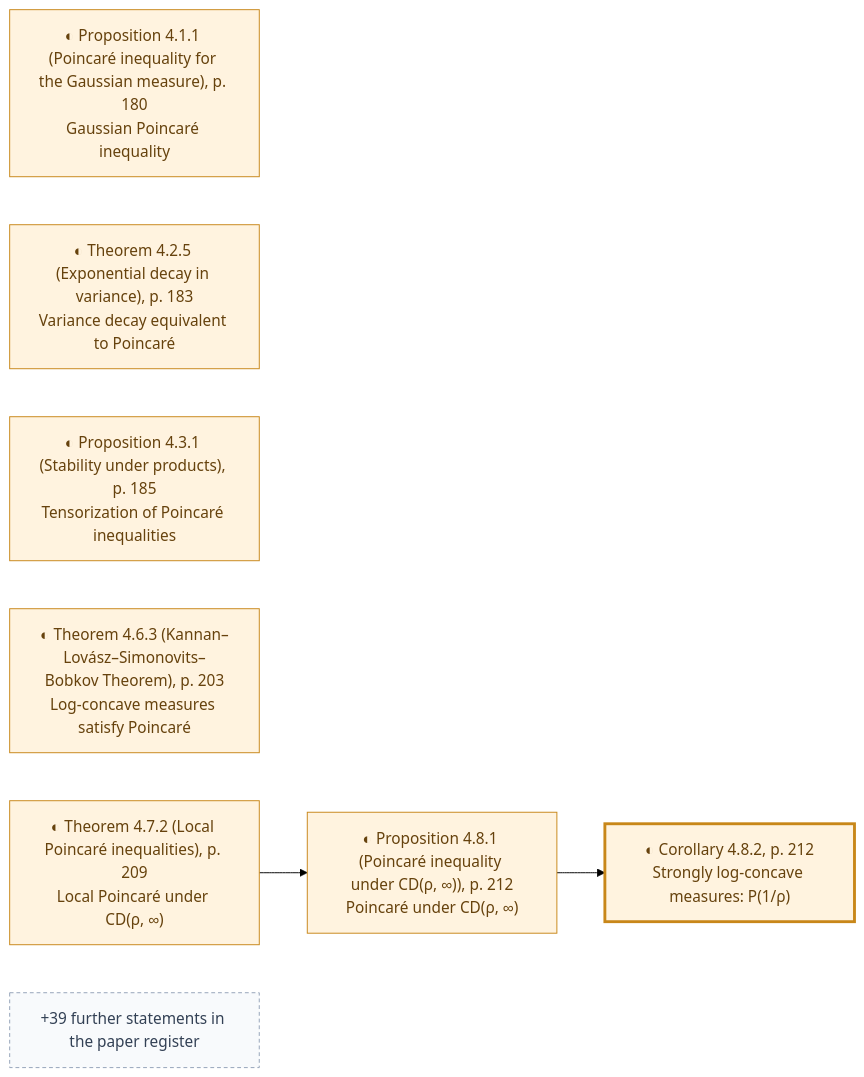
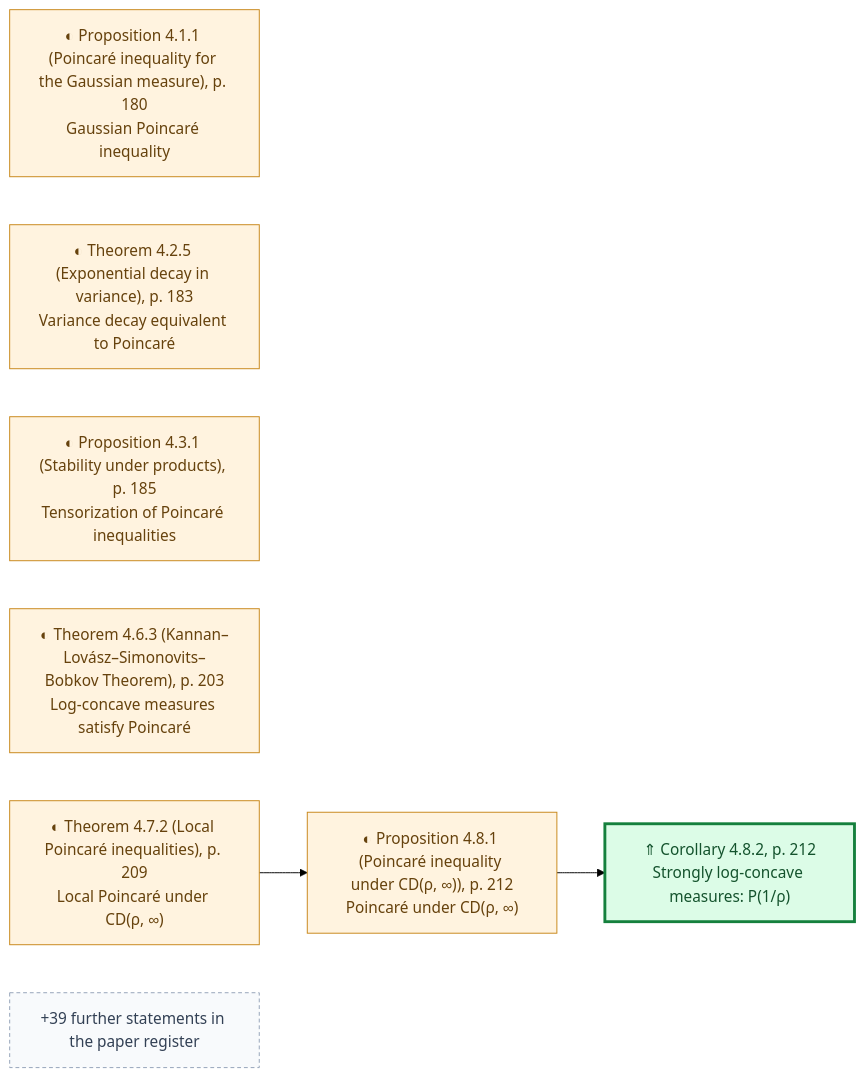
One commit to human-ai-mathematics/kls-lean changed the seventh of 25 diagrams in research/progress/README.md. Above: the diagram before and after it, drawn with Mermaid (forest theme). The commit also changed other lines of this file and 26 other files, not shown here.

````diff
--- a/research/progress/README.md
+++ b/research/progress/README.md
@@ -386,18 +386,20 @@
 ```mermaid
 flowchart LR
     BGL2014_P411["◐ Proposition 4.1.1 (Poincaré inequality for the Gaussian measure), p. 180<br/>Gaussian Poincaré inequality"]
     BGL2014_T425["◐ Theorem 4.2.5 (Exponential decay in variance), p. 183<br/>Variance decay equivalent to Poincaré"]
     BGL2014_P431["◐ Proposition 4.3.1 (Stability under products), p. 185<br/>Tensorization of Poincaré inequalities"]
     BGL2014_T463["◐ Theorem 4.6.3 (Kannan–Lovász–Simonovits–Bobkov Theorem), p. 203<br/>Log-concave measures satisfy Poincaré"]
     BGL2014_T472["◐ Theorem 4.7.2 (Local Poincaré inequalities), p. 209<br/>Local Poincaré under CD(ρ, ∞)"]
     BGL2014_P481["◐ Proposition 4.8.1 (Poincaré inequality under CD(ρ, ∞)), p. 212<br/>Poincaré under CD(ρ, ∞)"]
-    BGL2014_C482["◐ Corollary 4.8.2, p. 212<br/>Strongly log-concave measures: P(1/ρ)"]
+    BGL2014_C482["⇑ Corollary 4.8.2, p. 212<br/>Strongly log-concave measures: P(1/ρ)"]
     BGL2014_T472 --> BGL2014_P481
     BGL2014_P481 --> BGL2014_C482
     BGL2014_more["+39 further statements in the paper register"]
     classDef lemma_partial fill:#fff3df,stroke:#c88719,color:#66420d;
-    class BGL2014_P411,BGL2014_T425,BGL2014_P431,BGL2014_T463,BGL2014_T472,BGL2014_P481,BGL2014_C482 lemma_partial;
+    class BGL2014_P411,BGL2014_T425,BGL2014_P431,BGL2014_T463,BGL2014_T472,BGL2014_P481 lemma_partial;
+    classDef lemma_improved fill:#dcfce7,stroke:#15803d,color:#14532d;
+    class BGL2014_C482 lemma_improved;
     style BGL2014_C482 stroke-width:3px
     classDef lemma_more fill:#f8fafc,stroke:#94a3b8,color:#334155,stroke-dasharray:4 3;
     class BGL2014_more lemma_more;
 ```
````
